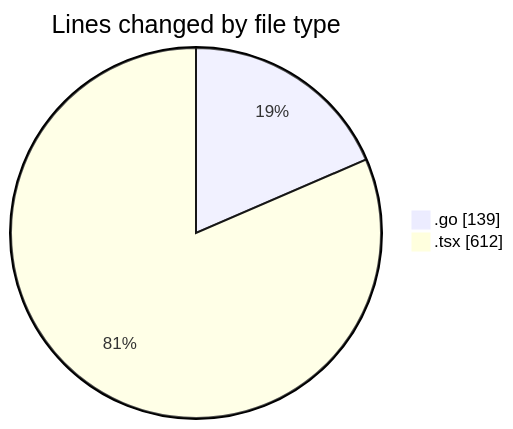
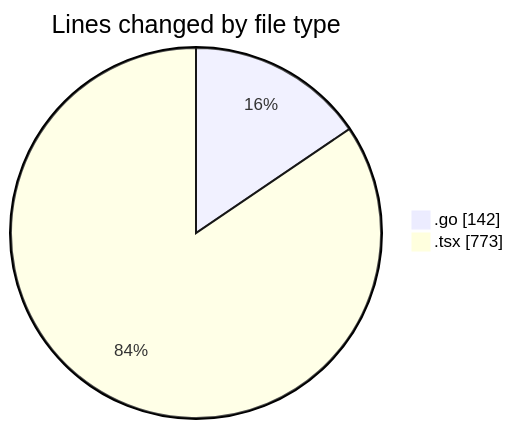
One commit to robertbonfada/code-tracking changed the first of 2 diagrams in 2025-03-05/termonied_testador/README.md. Above: the diagram before and after it, drawn with Mermaid. The commit also changed other lines of this file and 1 other file, not shown here.

````diff
--- a/2025-03-05/termonied_testador/README.md
+++ b/2025-03-05/termonied_testador/README.md
@@ -21,6 +22,6 @@
 ```mermaid
 pie showData
 title Lines changed by file type
-".go" : 139
-".tsx" : 612
+".go" : 142
+".tsx" : 773
 ```
````
